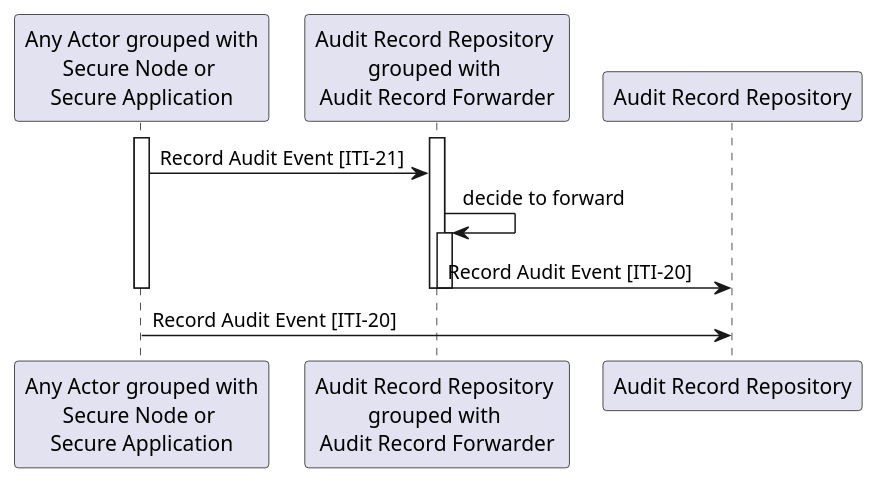
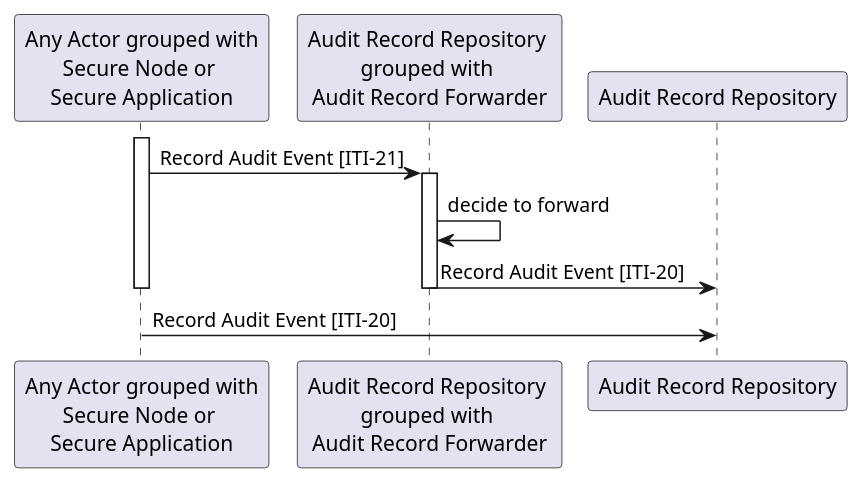
The diagram in ITI/TF/Volume2a/media/Figure_3.20.4-1.pu (IHE/publications), drawn with PlantUML before and after one commit. The commit also changed 66 other files, not shown here.

Commit message:
remove old images from Volume2 folder setup plantUML source as an iframe

```diff
--- a/ITI/TF/Volume2a/media/Figure_3.20.4-1.pu
+++ b/ITI/TF/Volume2a/media/Figure_3.20.4-1.pu
@@ -1,16 +1,13 @@
 @startuml
 Participant "Any Actor grouped with\nSecure Node or \nSecure Application" as SecureNode
 Participant "Audit Record Repository \ngrouped with \nAudit Record Forwarder" as AuditForwarder
 Participant "Audit Record Repository" as AuditRepository
 activate SecureNode
-activate AuditForwarder
-SecureNode -> AuditForwarder: Record Audit Event [ITI-21]
+SecureNode -> AuditForwarder++: Record Audit Event [ITI-21]
 AuditForwarder -> AuditForwarder: decide to forward
-activate AuditForwarder
 AuditForwarder -> AuditRepository: Record Audit Event [ITI-20]
-deactivate AuditForwarder
 deactivate AuditForwarder
 deactivate SecureNode
 
 SecureNode -> AuditRepository: Record Audit Event [ITI-20]
 @enduml
```
